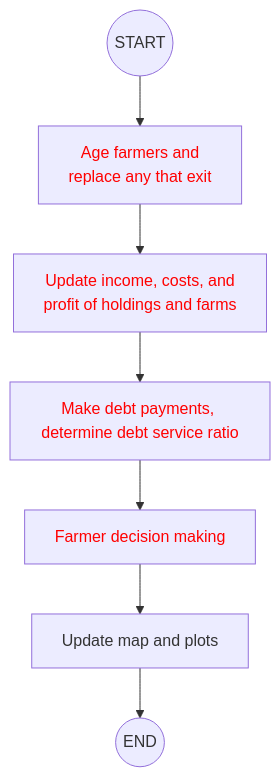
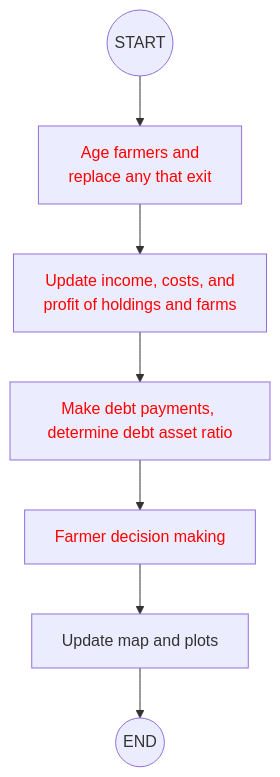
One commit to DOSull/moving-the-middle-abm changed the diagram in model-description/documents/04-model-main-loop.qmd. Above: the diagram before and after it, drawn with Mermaid. The commit also changed other lines of this file and 24 other files, not shown here.

Commit message:
updated nomenclature in model and model description materials to debt asset ratio

````diff
--- a/model-description/documents/04-model-main-loop.qmd
+++ b/model-description/documents/04-model-main-loop.qmd
@@ -32,20 +32,20 @@
 ```{mermaid}
 flowchart TB
   A((START))
   B[<span style='color:red;'>Age farmers and<br>replace any that exit</span>]
   C[<span style='color:red;'>Update income, costs, and<br>profit of holdings and farms</span>]
-  D[<span style='color:red;'>Make debt payments, determine debt service ratio</span>]
+  D[<span style='color:red;'>Make debt payments, determine debt asset ratio</span>]
   E[<span style='color:red;'>Farmer decision making</span>]
   T[Update map and plots]
   Z((END))
   A --> B
   B --> C
   C --> D
   D --> E
   E --> T
   T --> Z
   click B "05-farmer-aging-and-succession.html" "Click for details"
   click C "06-holding-income-and-costs.html" "Click for details"
   click D "07-debt.html" "Click for details"
   click E "08-farmer-decisions-general.html" "Click for details"
 ```
````
